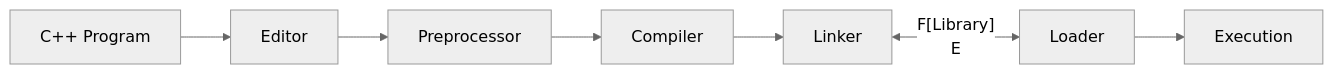
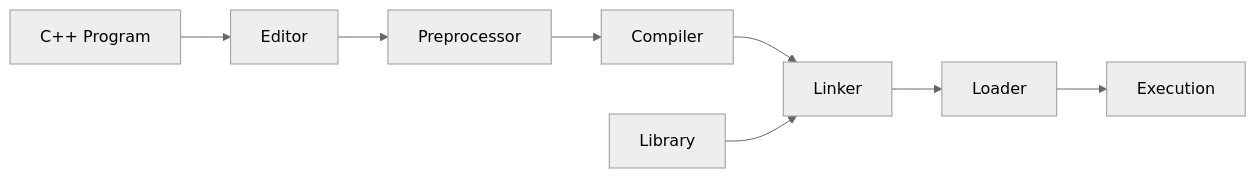
Before and after one commit to Muhammad-Hussain456/Fundamentals_of_Programming-: the first of 2 diagrams in 02_chapter-1-processing-cpp-program.md, drawn with Mermaid (neutral theme).

````diff
--- a/02_chapter-1-processing-cpp-program.md
+++ b/02_chapter-1-processing-cpp-program.md
@@ -52,10 +52,10 @@
 ```mermaid
 flowchart LR
     A[C++ Program] --> B[Editor]
     B --> C[Preprocessor]
     C --> D[Compiler]
     D --> E[Linker]
-    E <-- F[Library] 
+    F[Library] --> E 
     E --> G[Loader]
     G --> I[Execution]
 ```
````
